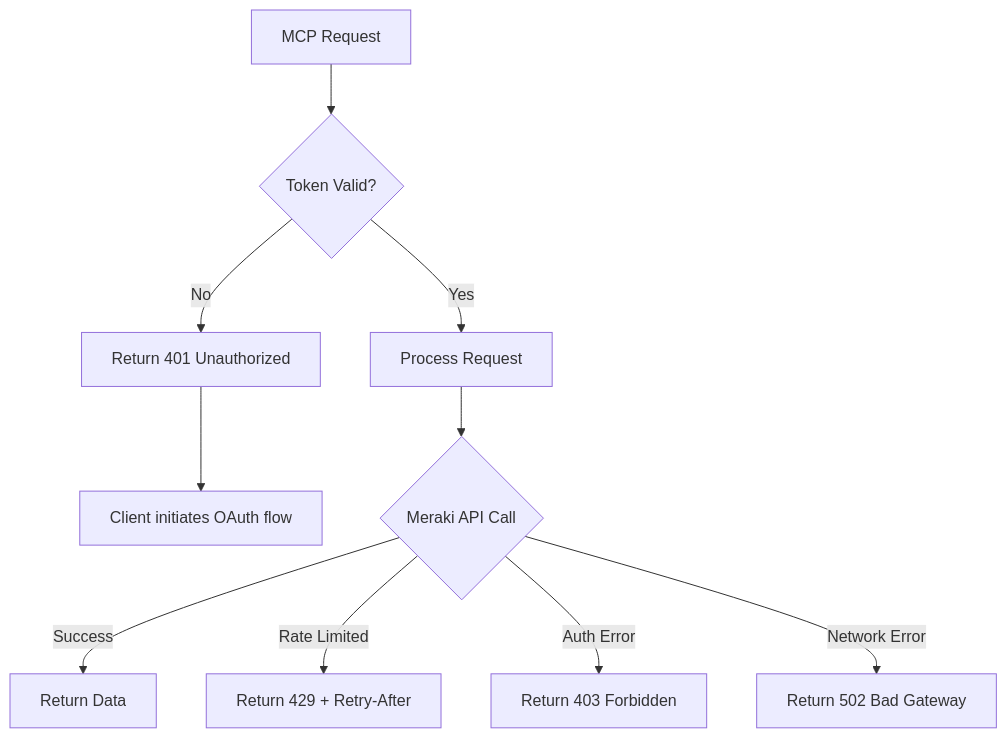
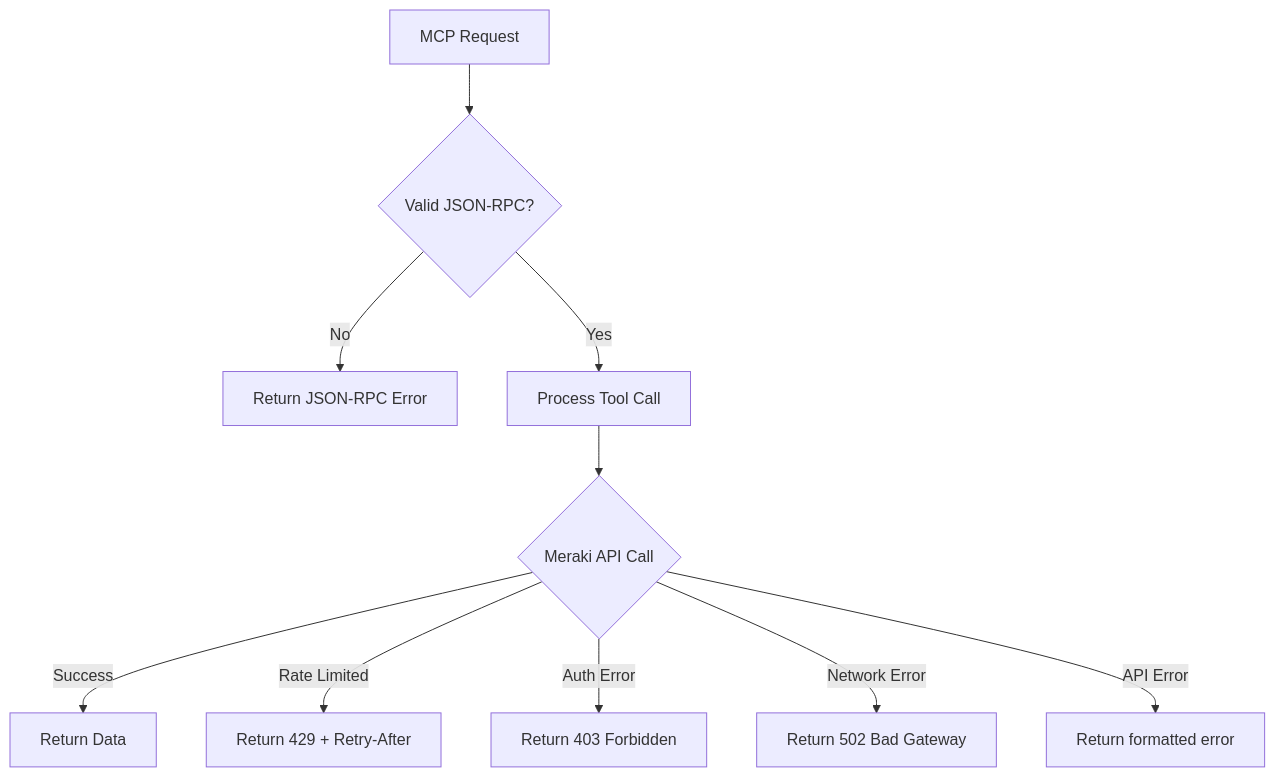
Before and after one commit to macharpe/meraki-mcp-cloudflare: the third of 3 diagrams in docs/authentication-flow.md, drawn with Mermaid. The commit also changed other lines of this file, not shown here.

First line of the commit message:
📝 docs: Update authentication flow to reflect API key implementation

````diff
--- a/docs/authentication-flow.md
+++ b/docs/authentication-flow.md
@@ -130,13 +140,13 @@
 ```mermaid
 flowchart TD
-    A[MCP Request] --> B{Token Valid?}
-    B -->|Yes| C[Process Request]
-    B -->|No| D[Return 401 Unauthorized]
-    D --> E[Client initiates OAuth flow]
+    A[MCP Request] --> B{Valid JSON-RPC?}
+    B -->|No| C[Return JSON-RPC Error]
+    B -->|Yes| D[Process Tool Call]
 
-    C --> F{Meraki API Call}
-    F -->|Success| G[Return Data]
-    F -->|Rate Limited| H[Return 429 + Retry-After]
-    F -->|Auth Error| I[Return 403 Forbidden]
-    F -->|Network Error| J[Return 502 Bad Gateway]
+    D --> E{Meraki API Call}
+    E -->|Success| F[Return Data]
+    E -->|Rate Limited| G[Return 429 + Retry-After]
+    E -->|Auth Error| H[Return 403 Forbidden]
+    E -->|Network Error| I[Return 502 Bad Gateway]
+    E -->|API Error| J[Return formatted error]
 ```
````
